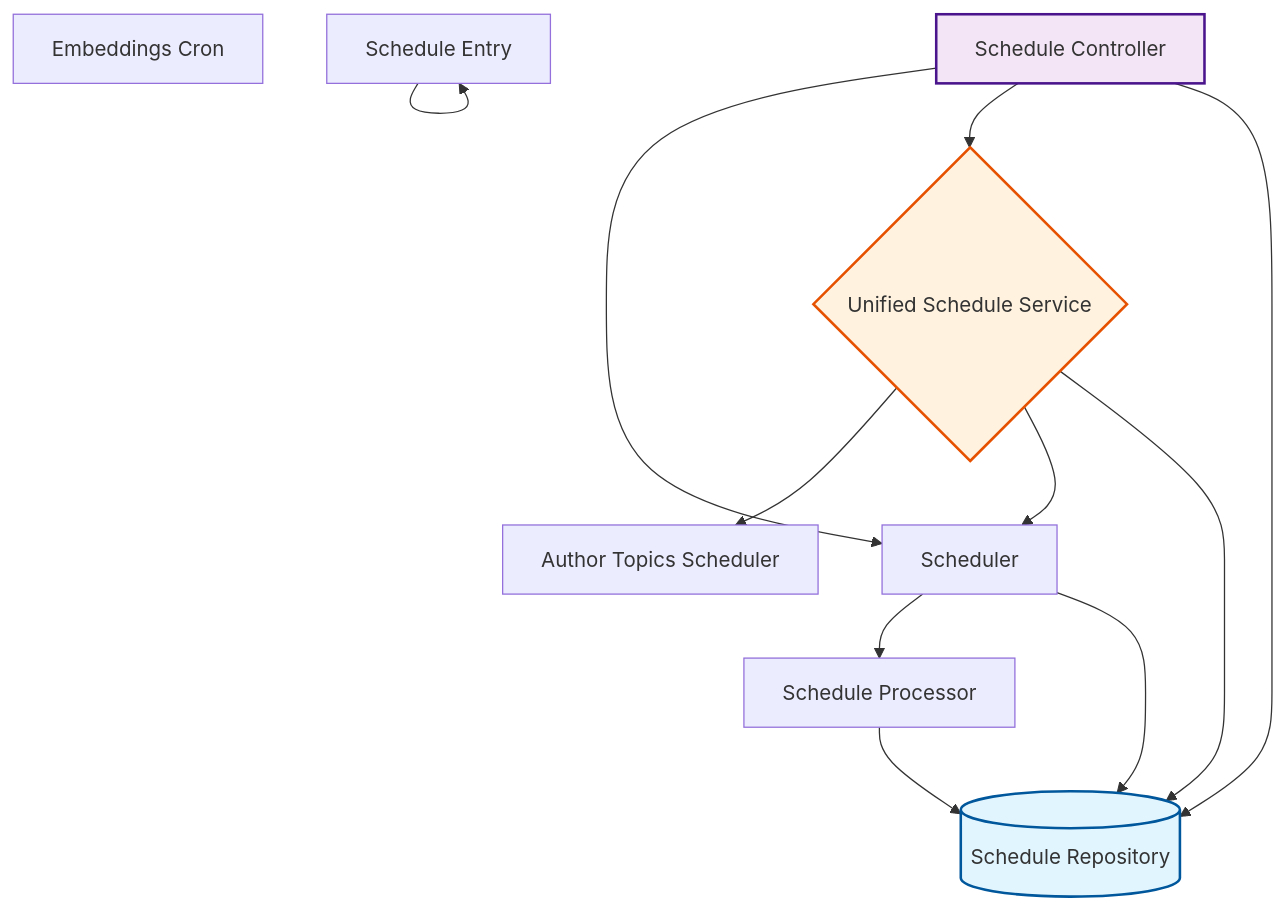
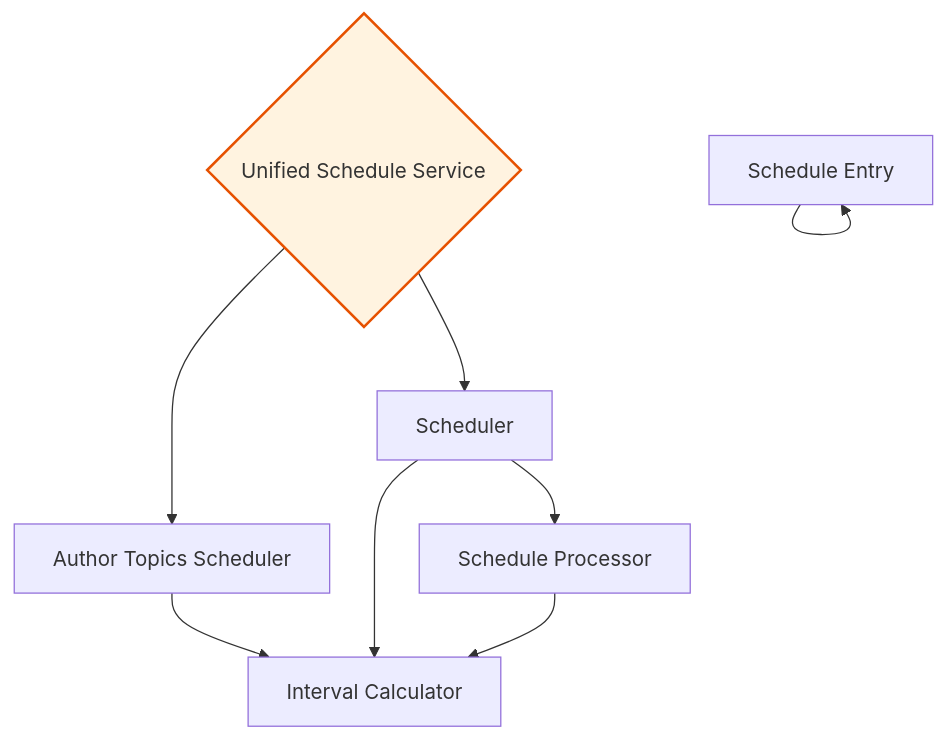
One commit to rpnunez/wp-ai-scheduler changed the third of 19 diagrams in docs/feature-report.md. Above: the diagram before and after it, drawn with Mermaid. The commit also changed other lines of this file and 2 other files, not shown here.

````diff
--- a/docs/feature-report.md
+++ b/docs/feature-report.md
@@ -152,31 +260,24 @@
 ```mermaid
 flowchart TD
     %% Scheduling & Automation Architecture
 
     Author_Topics_Scheduler["Author Topics Scheduler"]
-    Embeddings_Cron["Embeddings Cron"]
-    Schedule_Controller["Schedule Controller"]
+    Interval_Calculator["Interval Calculator"]
     Schedule_Entry["Schedule Entry"]
     Schedule_Processor["Schedule Processor"]
-    Schedule_Repository[("Schedule Repository")]
     Scheduler["Scheduler"]
     Unified_Schedule_Service{"Unified Schedule Service"}
 
-    Schedule_Controller --> Scheduler
-    Schedule_Controller --> Unified_Schedule_Service
-    Schedule_Controller --> Schedule_Repository
+    Author_Topics_Scheduler --> Interval_Calculator
     Schedule_Entry --> Schedule_Entry
-    Schedule_Processor --> Schedule_Repository
+    Schedule_Processor --> Interval_Calculator
+    Scheduler --> Interval_Calculator
     Scheduler --> Schedule_Processor
-    Scheduler --> Schedule_Repository
     Unified_Schedule_Service --> Author_Topics_Scheduler
     Unified_Schedule_Service --> Scheduler
-    Unified_Schedule_Service --> Schedule_Repository
 
     classDef repository fill:#e1f5ff,stroke:#01579b,stroke-width:2px
     classDef service fill:#fff3e0,stroke:#e65100,stroke-width:2px
     classDef controller fill:#f3e5f5,stroke:#4a148c,stroke-width:2px
-    class Schedule_Repository repository
     class Unified_Schedule_Service service
-    class Schedule_Controller controller
 ```
````
